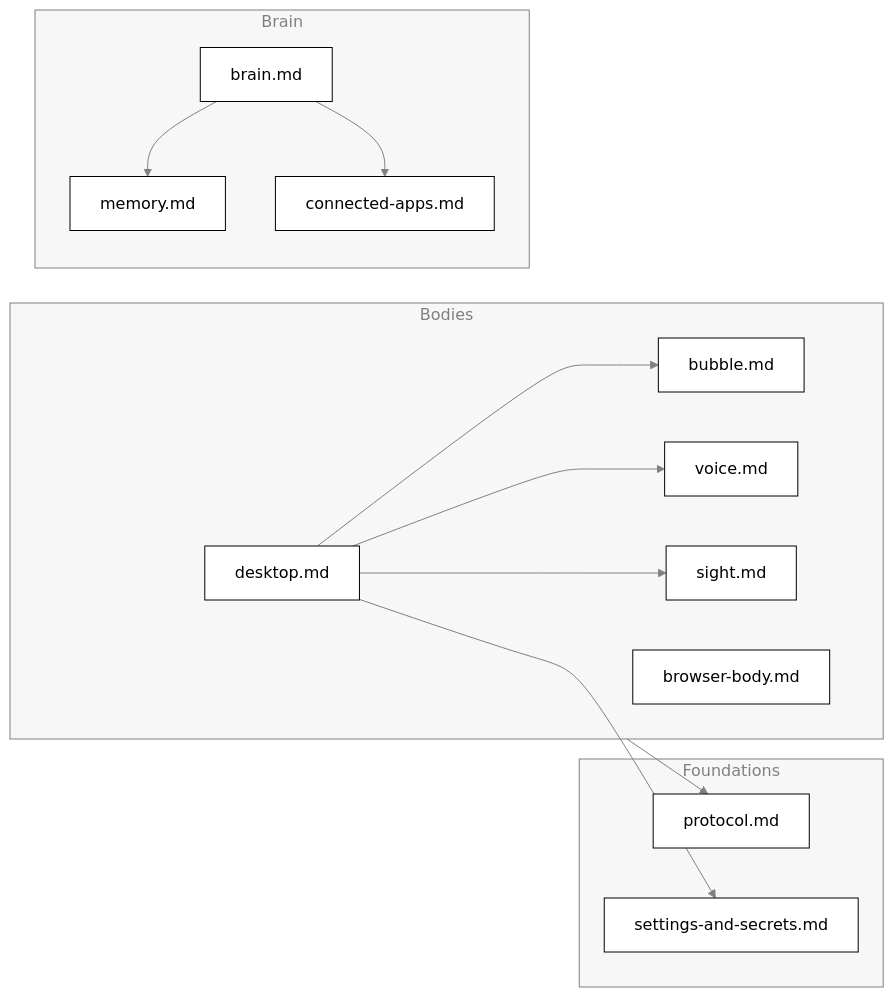
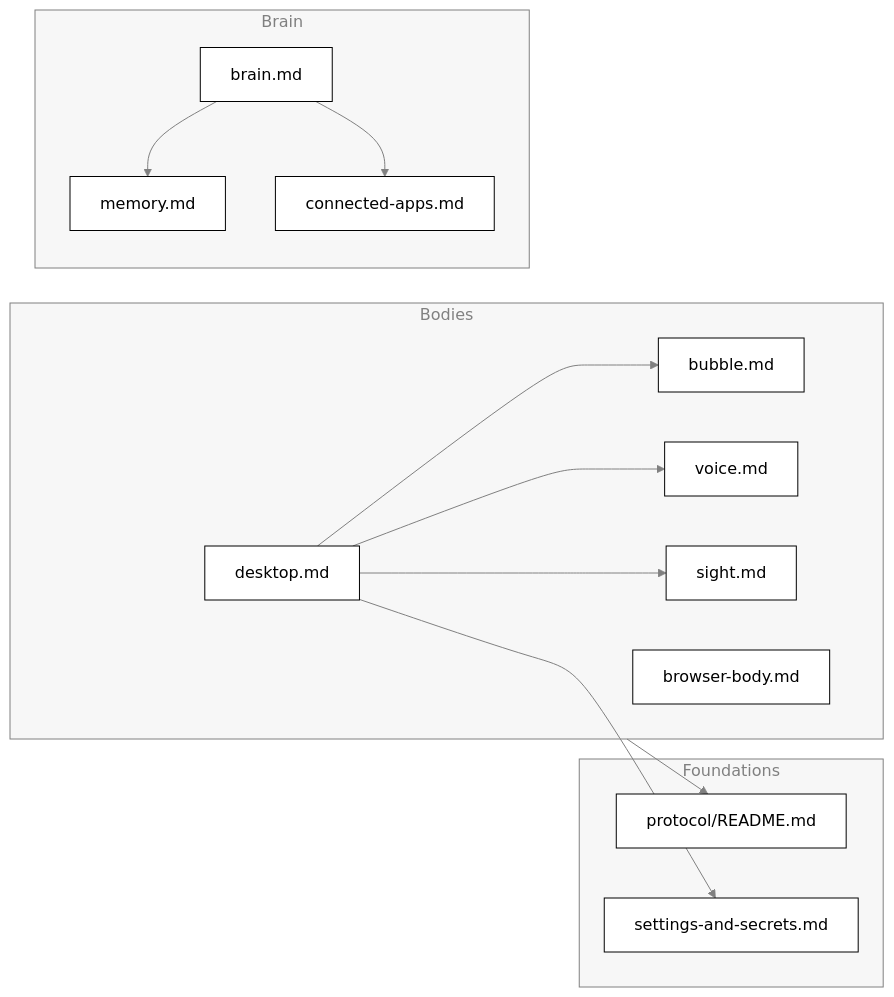
Before and after one commit to nadeem4/tagalong: the third of 3 diagrams in docs/architecture.md, drawn with Mermaid. The commit also changed other lines of this file and 220 other files, not shown here.

````diff
--- a/docs/architecture.md
+++ b/docs/architecture.md
@@ -175,27 +178,27 @@
 ```mermaid
 %%{init: {"theme": "base", "themeVariables": {"primaryColor": "#ffffff", "primaryTextColor": "#000000", "primaryBorderColor": "#000000", "lineColor": "#808080", "secondaryColor": "#f2f2f2", "tertiaryColor": "#ffffff", "clusterBkg": "#f7f7f7", "clusterBorder": "#808080", "edgeLabelBackground": "#ffffff", "titleColor": "#808080", "fontFamily": "Segoe UI, Helvetica, Arial, sans-serif"}}}%%
 flowchart LR
   subgraph Bodies
     DK["desktop.md"]
     BU["bubble.md"]
     VO["voice.md"]
     SI["sight.md"]
     BX["browser-body.md"]
   end
   subgraph Brain
     BR["brain.md"]
     ME["memory.md"]
     CA["connected-apps.md"]
   end
   subgraph Foundations
-    PR["protocol.md"]
+    PR["protocol/README.md"]
     SS["settings-and-secrets.md"]
   end
   DK --> BU
   DK --> VO
   DK --> SI
   BR --> ME
   BR --> CA
   Bodies --> PR
   DK --> SS
 ```
````
